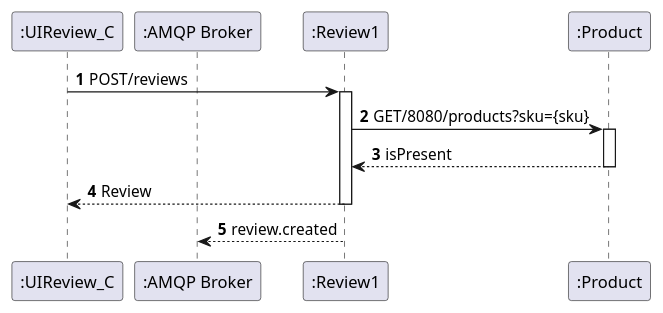
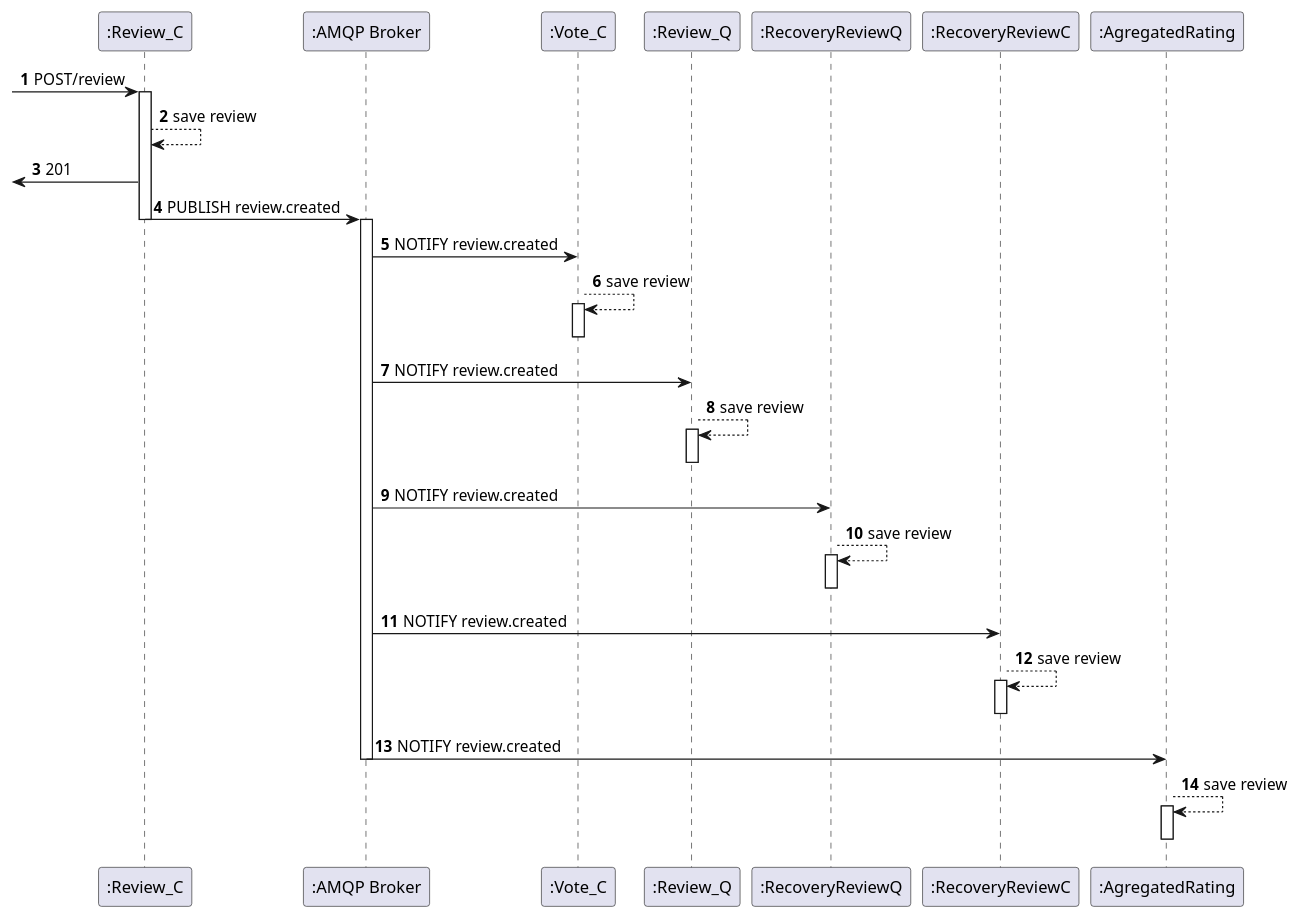
One commit to 1201441BrunoPereira/Trabalho2Reviews changed the diagram in Review1_C/Documentação/Nivel 2/Post.puml. Above: the diagram before and after it, drawn with PlantUML. The commit also changed other lines of this file and 29 other files, not shown here.

Commit message:
Diagramas Trabalho 3

```diff
--- a/Review1_C/Documentação/Nivel 2/Post.puml
+++ b/Review1_C/Documentação/Nivel 2/Post.puml
@@ -1,19 +2,46 @@
 @startuml
 'https://plantuml.com/sequence-diagram
 
-autoactivate on
+
 autonumber
 
-participant ":UIReview_C" as rev1
+participant ":Review_C" as rev1
 participant ":AMQP Broker" as bro
-participant ":Review1" as rev
-participant ":Product" as prod
+participant ":Vote_C" as votC
+participant ":Review_Q" as rev
+participant ":RecoveryReviewQ" as rrq
+participant ":RecoveryReviewC" as rrc
+participant ":AgregatedRating" as aggr
 
 
-rev1 -> rev: POST/reviews
-rev -> prod: GET/8080/products?sku={sku}
-prod --> rev : isPresent
-rev --> rev1: Review
-rev -->bro: review.created
+-> rev1: POST/review
+activate rev1
+rev1 --> rev1 : save review
+[<- rev1: 201
+rev1 -> bro: PUBLISH review.created
+deactivate rev1
+activate bro
+bro -> votC: NOTIFY review.created
+votC --> votC: save review
+activate votC
+deactivate votC
+bro -> rev: NOTIFY review.created
+rev --> rev: save review
+activate rev
+deactivate rev
+bro -> rrq: NOTIFY review.created
+rrq --> rrq: save review
+activate rrq
+deactivate rrq
+bro -> rrc: NOTIFY review.created
+rrc --> rrc: save review
+activate rrc
+deactivate rrc
+bro -> aggr: NOTIFY review.created
+deactivate bro
+aggr --> aggr: save review
+activate aggr
+deactivate aggr
+
 
 @enduml
```
